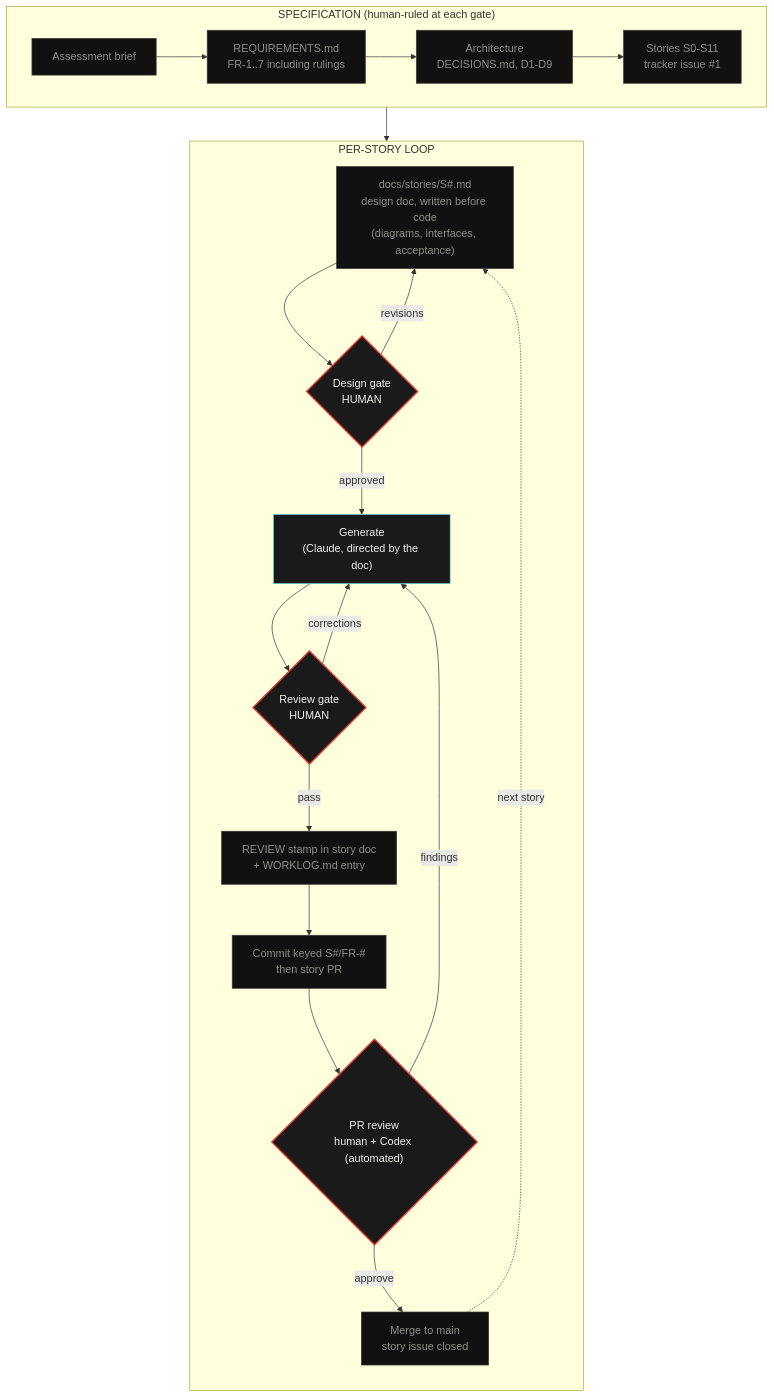
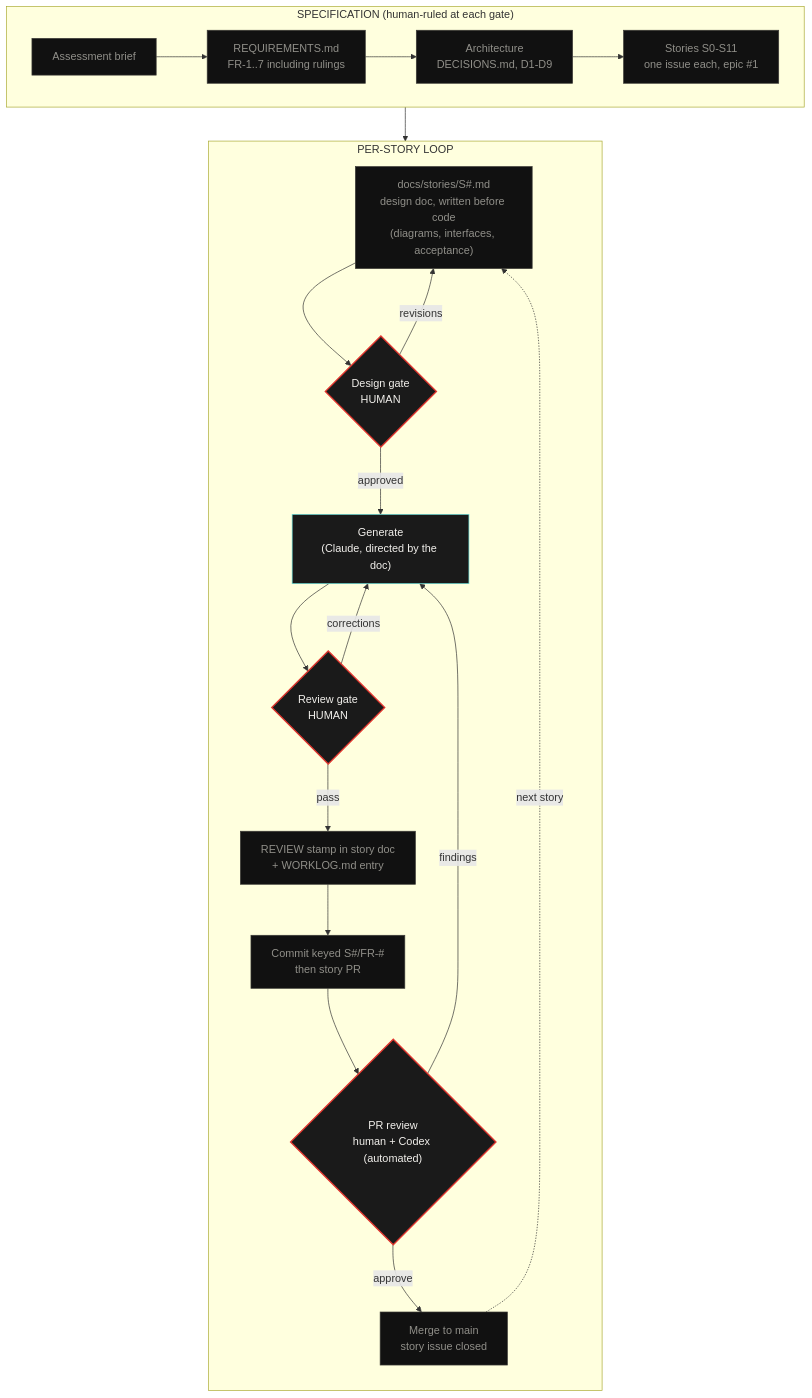
One commit to ayfor/sentinel changed the first of 2 diagrams in README.md. Above: the diagram before and after it, drawn with Mermaid. The commit also changed other lines of this file, not shown here.

Commit message:
S0: README tracker link points at the issues page
Matches the per-story issue ruling; the diagram stories node names the
issue-per-story shape with epic #1.

````diff
--- a/README.md
+++ b/README.md
@@ -27,34 +27,34 @@
 ```mermaid
 flowchart TB
     subgraph SPEC["SPECIFICATION (human-ruled at each gate)"]
         direction LR
         A["Assessment brief"] --> B["REQUIREMENTS.md<br/>FR-1..7 including rulings"]
         B --> C["Architecture<br/>DECISIONS.md, D1-D9"]
-        C --> D["Stories S0-S11<br/>tracker issue #1"]
+        C --> D["Stories S0-S11<br/>one issue each, epic #1"]
     end
 
     subgraph LOOP["PER-STORY LOOP"]
         direction TB
         E["docs/stories/S#.md<br/>design doc, written before code<br/>(diagrams, interfaces, acceptance)"]
         E --> G0{"Design gate<br/>HUMAN"}
         G0 -->|"revisions"| E
         G0 -->|"approved"| F["Generate<br/>(Claude, directed by the doc)"]
         F --> G{"Review gate<br/>HUMAN"}
         G -->|"corrections"| F
         G -->|"pass"| H["REVIEW stamp in story doc<br/>+ WORKLOG.md entry"]
         H --> I["Commit keyed S#/FR-#<br/>then story PR"]
         I --> J{"PR review<br/>human + Codex (automated)"}
         J -->|"findings"| F
         J -->|"approve"| K["Merge to main<br/>story issue closed"]
     end
 
     D --> E
     K -.->|"next story"| E
 
     classDef human fill:#1a1a1a,stroke:#e0362f,stroke-width:2px,color:#f2f0ec
     classDef ai fill:#1a1a1a,stroke:#69e0db,stroke-width:1px,color:#f2f0ec
     classDef artifact fill:#111,stroke:#3b3a36,stroke-width:1px,color:#908f89
     class G0,G,J human
     class F ai
     class A,B,C,D,E,H,I,K artifact
 ```
````
